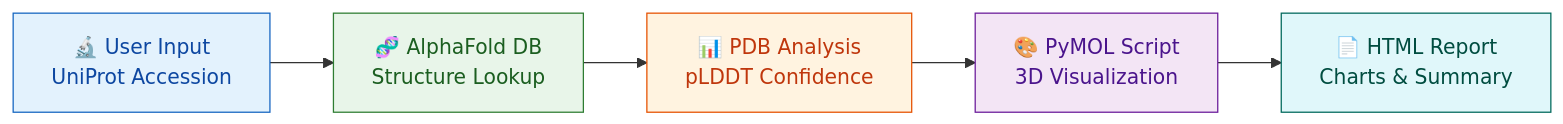
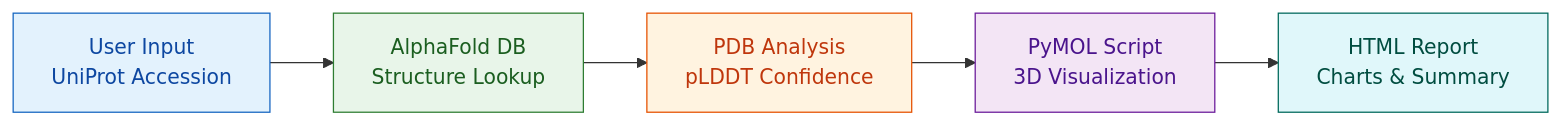
One commit to sanjanb/bio-pipeline changed the first of 3 diagrams in README.md. Above: the diagram before and after it, drawn with Mermaid. The commit also changed other lines of this file, not shown here.

Commit message:
docs: remove emojis from Mermaid diagrams for professional appearance

````diff
--- a/README.md
+++ b/README.md
@@ -21,13 +21,13 @@
 ```mermaid
 graph LR
-    A["🔬 User Input<br/>UniProt Accession"] --> B["🧬 AlphaFold DB<br/>Structure Lookup"]
-    B --> C["📊 PDB Analysis<br/>pLDDT Confidence"]
-    C --> D["🎨 PyMOL Script<br/>3D Visualization"]
-    D --> E["📄 HTML Report<br/>Charts &amp; Summary"]
+    A["User Input<br/>UniProt Accession"] --> B["AlphaFold DB<br/>Structure Lookup"]
+    B --> C["PDB Analysis<br/>pLDDT Confidence"]
+    C --> D["PyMOL Script<br/>3D Visualization"]
+    D --> E["HTML Report<br/>Charts &amp; Summary"]
 
     style A fill:#E3F2FD,stroke:#1565C0,color:#0D47A1
     style B fill:#E8F5E9,stroke:#2E7D32,color:#1B5E20
     style C fill:#FFF3E0,stroke:#E65100,color:#BF360C
     style D fill:#F3E5F5,stroke:#6A1B9A,color:#4A148C
     style E fill:#E0F7FA,stroke:#00695C,color:#004D40
 ```
````
